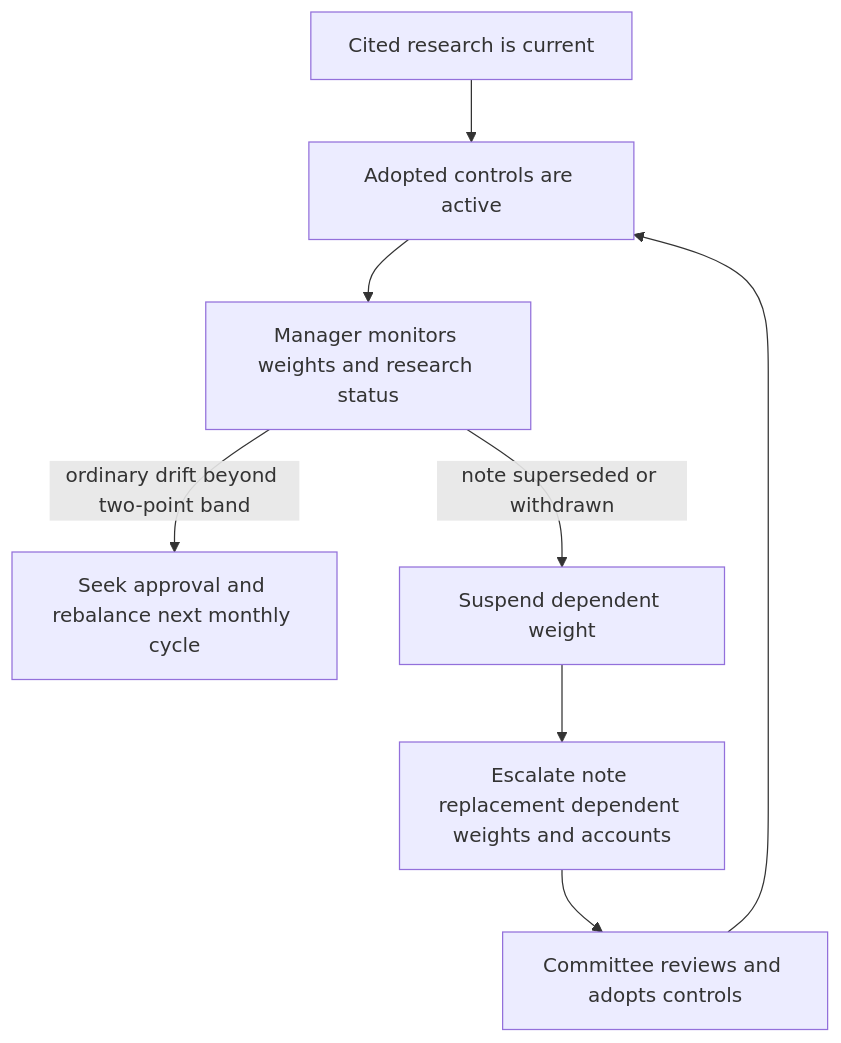
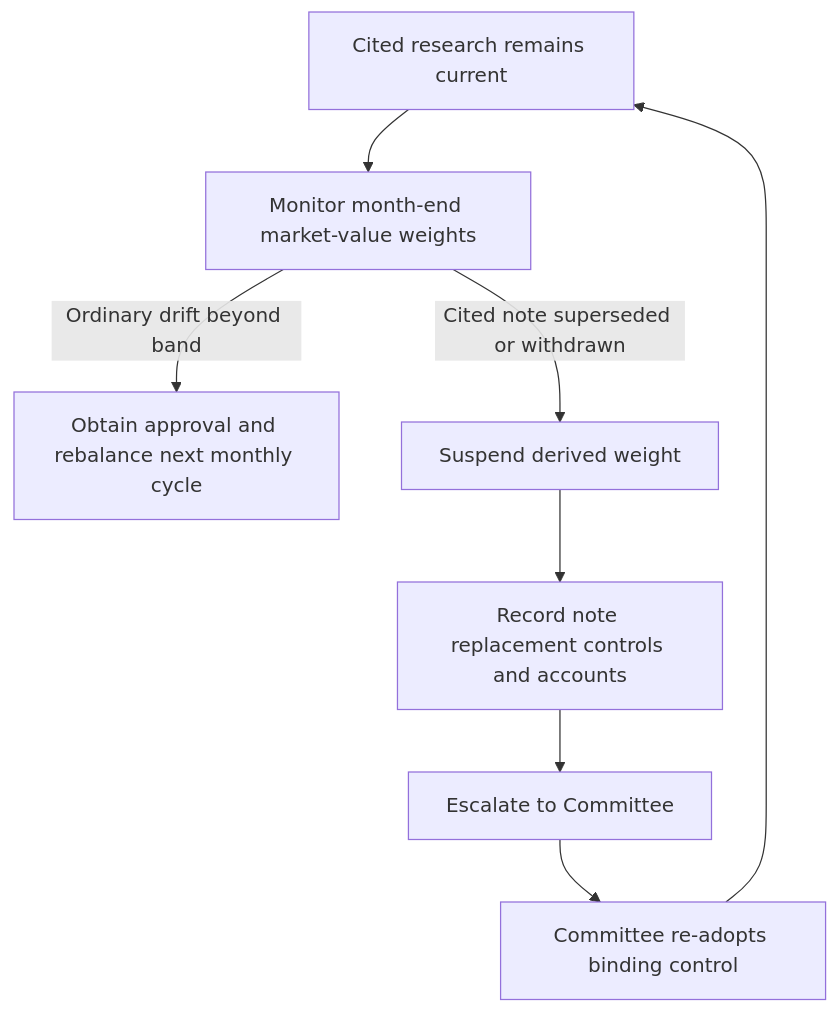
Before and after one commit to xuro-langchain/wealth-research-corpus: the diagram in openwiki/guidance/allocation/taxable-fixed-income.md, drawn with Mermaid. The commit also changed other lines of this file and 43 other files, not shown here.

````diff
--- a/openwiki/guidance/allocation/taxable-fixed-income.md
+++ b/openwiki/guidance/allocation/taxable-fixed-income.md
@@ -62,10 +60,10 @@
 ```mermaid
 flowchart TD
-    Current["Cited research is current"] --> Active["Adopted controls are active"]
-    Active --> Monitor["Manager monitors weights and research status"]
-    Monitor -->|"ordinary drift beyond two-point band"| Exception["Seek approval and rebalance next monthly cycle"]
-    Monitor -->|"note superseded or withdrawn"| Suspend["Suspend dependent weight"]
-    Suspend --> Record["Escalate note replacement dependent weights and accounts"]
-    Record --> Committee["Committee reviews and adopts controls"]
-    Committee --> Active
+    Active["Cited research remains current"] --> Monitor["Monitor month-end market-value weights"]
+    Monitor -->|"Ordinary drift beyond band"| Approval["Obtain approval and rebalance next monthly cycle"]
+    Monitor -->|"Cited note superseded or withdrawn"| Suspend["Suspend derived weight"]
+    Suspend --> Record["Record note replacement controls and accounts"]
+    Record --> Committee["Escalate to Committee"]
+    Committee --> Adopt["Committee re-adopts binding control"]
+    Adopt --> Active
 ```
````
